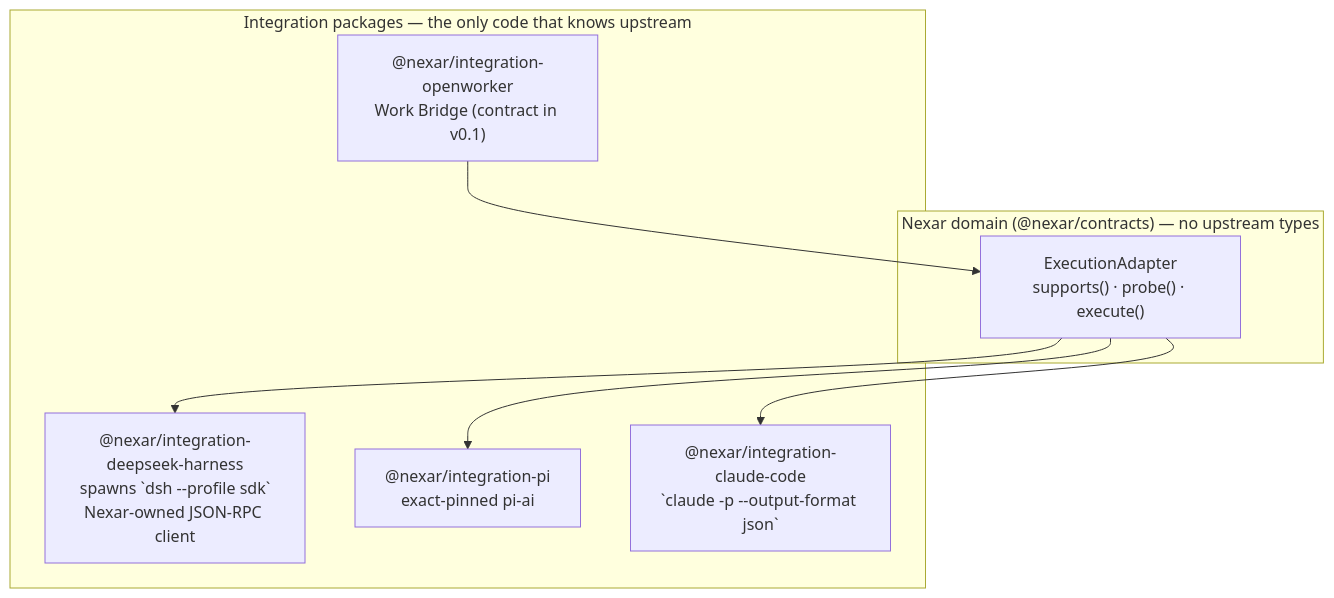
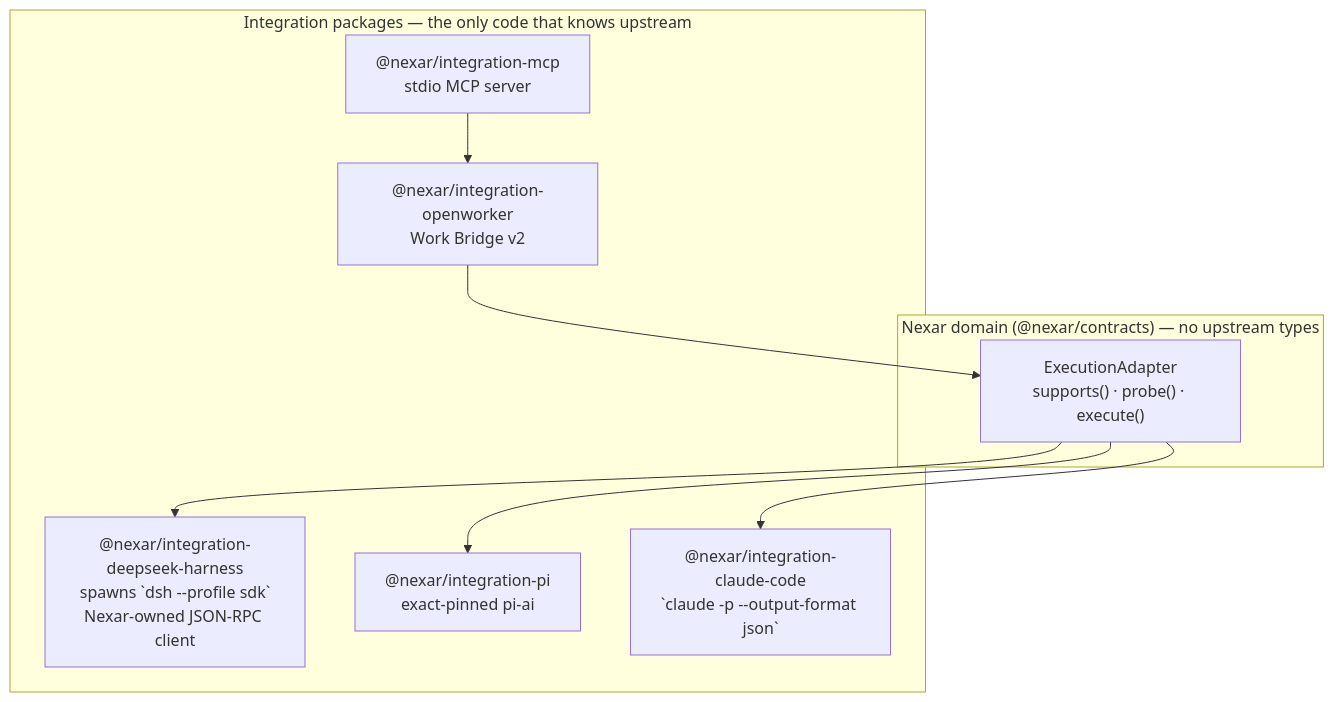
The fifth of 6 diagrams in docs/architecture/overview.md (mohmedhat797/Nexar-Ai), drawn with Mermaid before and after one commit. The commit also changed other lines of this file and 10 other files, not shown here.

````diff
--- a/docs/architecture/overview.md
+++ b/docs/architecture/overview.md
@@ -164,14 +228,16 @@
 ```mermaid
 flowchart TB
   subgraph Domain["Nexar domain (@nexar/contracts) — no upstream types"]
     EA["ExecutionAdapter<br/>supports() · probe() · execute()"]
   end
   subgraph ACL["Integration packages — the only code that knows upstream"]
     DSHA["@nexar/integration-deepseek-harness<br/>spawns `dsh --profile sdk`<br/>Nexar-owned JSON-RPC client"]
     PIA["@nexar/integration-pi<br/>exact-pinned pi-ai"]
     CCA["@nexar/integration-claude-code<br/>`claude -p --output-format json`"]
-    OWB["@nexar/integration-openworker<br/>Work Bridge (contract in v0.1)"]
+    OWB["@nexar/integration-openworker<br/>Work Bridge v2"]
+    MCPA["@nexar/integration-mcp<br/>stdio MCP server"]
   end
   EA --> DSHA & PIA & CCA
   OWB --> EA
+  MCPA --> OWB
 ```
````
